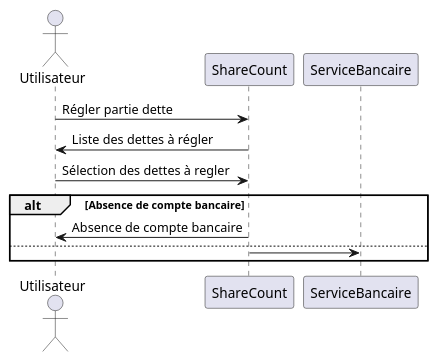
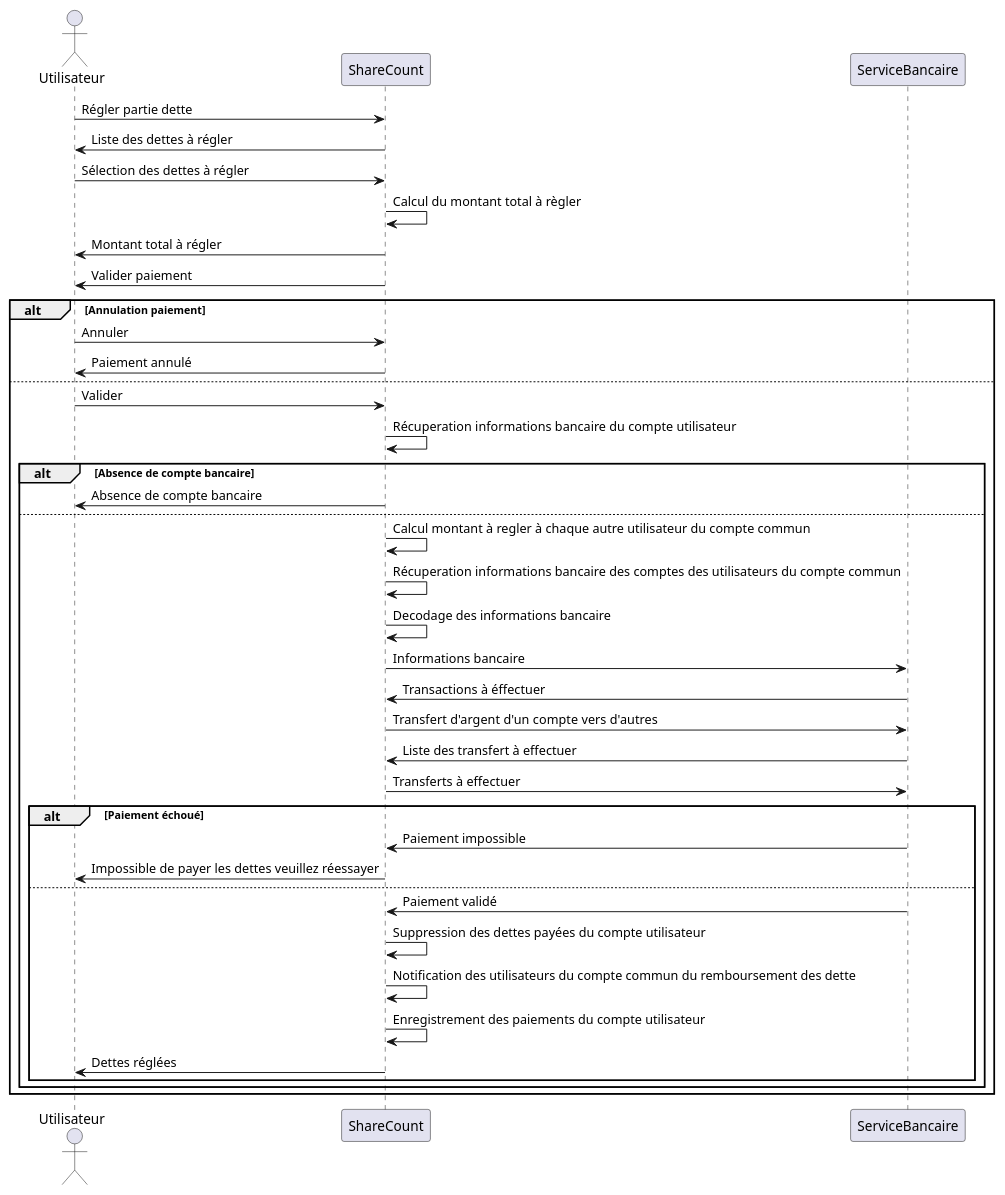
Before and after one commit to lmtb06/sharecount: the diagram in diagrammes/specification/sequence/regler-partie-dette.puml, drawn with PlantUML. The commit also changed 7 other files, not shown here.

Commit message:
regler partie dette et consulter transactions

```diff
--- a/diagrammes/specification/sequence/regler-partie-dette.puml
+++ b/diagrammes/specification/sequence/regler-partie-dette.puml
@@ -1,18 +1,44 @@
 @startuml "Régler une partie de sa dette envers quelqu’un"
 
 actor Utilisateur as u
 participant ShareCount as sc
 participant ServiceBancaire as sb
 
 u 	-> 	sc : Régler partie dette
 u		<- 	sc : Liste des dettes à régler
-u		-> 	sc : Sélection des dettes à regler
+u		-> 	sc : Sélection des dettes à régler
+sc 	->	sc : Calcul du montant total à règler
+u 	<-	sc : Montant total à régler
+u 	<-	sc : Valider paiement
+alt Annulation paiement
+u 	->	sc : Annuler
+u 	<-	sc : Paiement annulé
+else
+u 	->	sc : Valider
+sc 	-> 	sc : Récuperation informations bancaire du compte utilisateur
 alt Absence de compte bancaire
-sc -> u : Absence de compte bancaire
+sc 	-> u : Absence de compte bancaire
 else
-sc -> sb : 
+sc 	->	sc : Calcul montant à regler à chaque autre utilisateur du compte commun
+sc 	-> 	sc : Récuperation informations bancaire des comptes des utilisateurs du compte commun
+sc 	-> 	sc : Decodage des informations bancaire
+sc 	-> 	sb : Informations bancaire
+sc 	<- 	sb : Transactions à éffectuer
+sc 	->	sb : Transfert d'argent d'un compte vers d'autres
+sc 	<-	sb : Liste des transfert à effectuer
+sc 	->	sb : Transferts à effectuer
+alt Paiement échoué
+sc 	<-	sb : Paiement impossible
+u 	<-	sc : Impossible de payer les dettes veuillez réessayer
+else
+sc 	<-	sb : Paiement validé
+sc 	->	sc : Suppression des dettes payées du compte utilisateur
+sc 	-> 	sc : Notification des utilisateurs du compte commun du remboursement des dette
+sc 	->	sc : Enregistrement des paiements du compte utilisateur
+u 	<-	sc : Dettes réglées
+end
+end
 end
 
 
-
 @enduml
```
